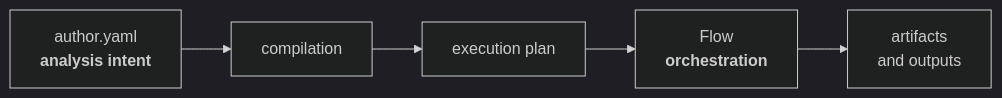
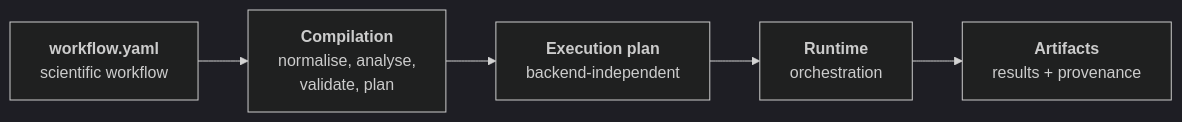
Before and after one commit to FAST-HEP/fast-hep.github.io: the first of 2 diagrams in content/concepts/compilation-and-execution.md, drawn with Mermaid (dark theme). The commit also changed other lines of this file and 6 other files, not shown here.

````diff
--- a/content/concepts/compilation-and-execution.md
+++ b/content/concepts/compilation-and-execution.md
@@ -11,10 +13,10 @@
 ```mermaid
 flowchart LR
-    Author["author.yaml<br/><b>analysis intent</b>"]
-    Compile["compilation"]
-    Plan["execution plan"]
-    Flow["Flow<br/><b>orchestration</b>"]
-    Outputs["artifacts<br/>and outputs"]
+    Workflow["<b>workflow.yaml</b><br/>scientific workflow"]:::input
+    Compile["<b>Compilation</b><br/>normalise, analyse,<br/>validate, plan"]:::flow
+    Plan["<b>Execution plan</b><br/>backend-independent"]:::plan
+    Runtime["<b>Runtime</b><br/>orchestration"]:::runtime
+    Outputs["<b>Artifacts</b><br/>results + provenance"]:::artifact
 
-    Author --> Compile --> Plan --> Flow --> Outputs
+    Workflow --> Compile --> Plan --> Runtime --> Outputs
 ```
````
